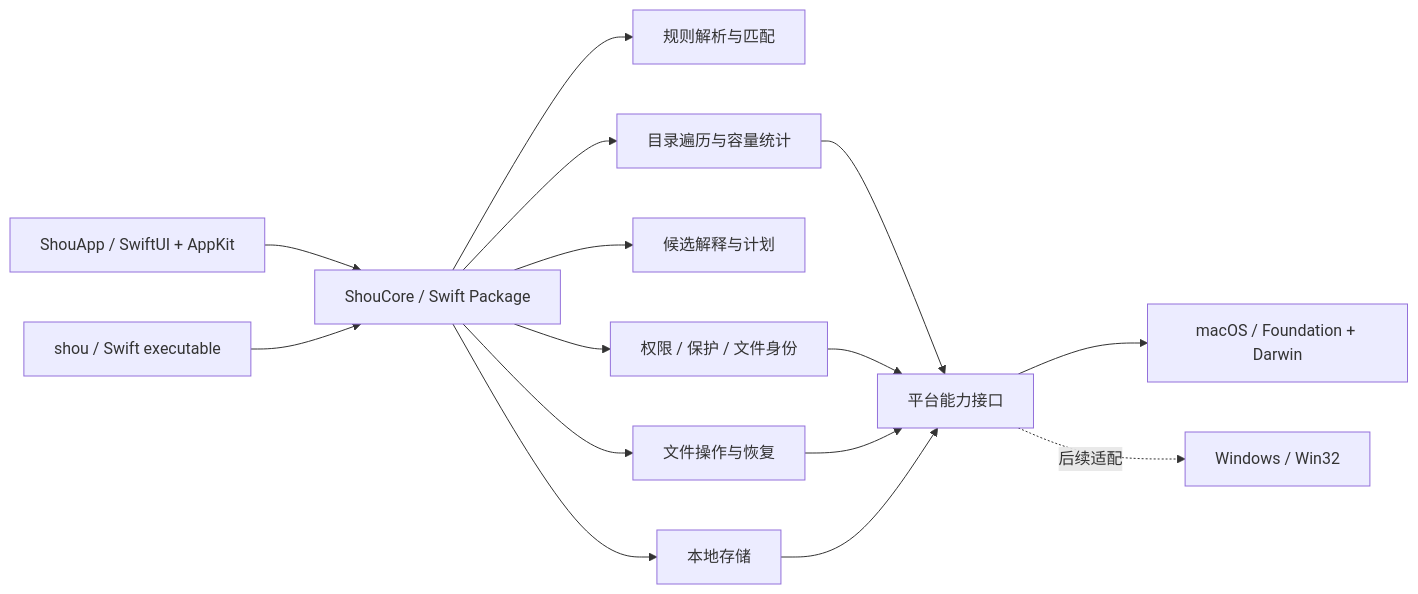
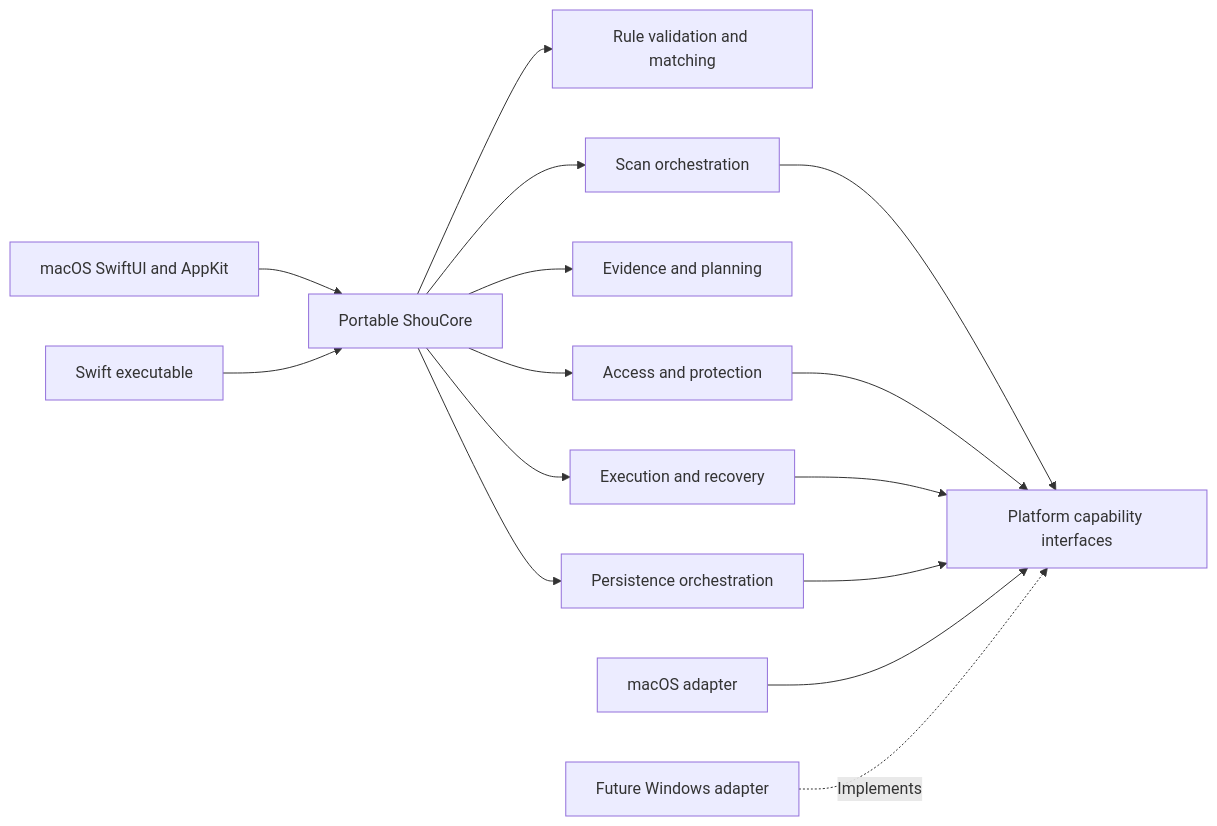
One commit to limecloud/shou changed the second of 2 diagrams in docs/architecture/system-design.md. Above: the diagram before and after it, drawn with Mermaid. The commit also changed other lines of this file and 46 other files, not shown here.

````diff
--- a/docs/architecture/system-design.md
+++ b/docs/architecture/system-design.md
@@ -40,17 +39,17 @@
 ```mermaid
 flowchart LR
-    App[ShouApp / SwiftUI + AppKit] --> Core[ShouCore / Swift Package]
-    CLI[shou / Swift executable] --> Core
-    Core --> Rules[规则解析与匹配]
-    Core --> Scanner[目录遍历与容量统计]
-    Core --> Planner[候选解释与计划]
-    Core --> Safety[权限 / 保护 / 文件身份]
-    Core --> Executor[文件操作与恢复]
-    Core --> Persistence[本地存储]
-    Scanner --> Platform[平台能力接口]
-    Safety --> Platform
-    Executor --> Platform
-    Persistence --> Platform
-    Platform --> Mac[macOS / Foundation + Darwin]
-    Platform -.后续适配.-> Win[Windows / Win32]
+    App[macOS SwiftUI and AppKit] --> Core[Portable ShouCore]
+    CLI[Swift executable] --> Core
+    Core --> Rules[Rule validation and matching]
+    Core --> Scanner[Scan orchestration]
+    Core --> Planner[Evidence and planning]
+    Core --> Safety[Access and protection]
+    Core --> Executor[Execution and recovery]
+    Core --> Store[Persistence orchestration]
+    Scanner --> Interfaces[Platform capability interfaces]
+    Safety --> Interfaces
+    Executor --> Interfaces
+    Store --> Interfaces
+    Mac[macOS adapter] --> Interfaces
+    Win[Future Windows adapter] -.Implements.-> Interfaces
 ```
````
